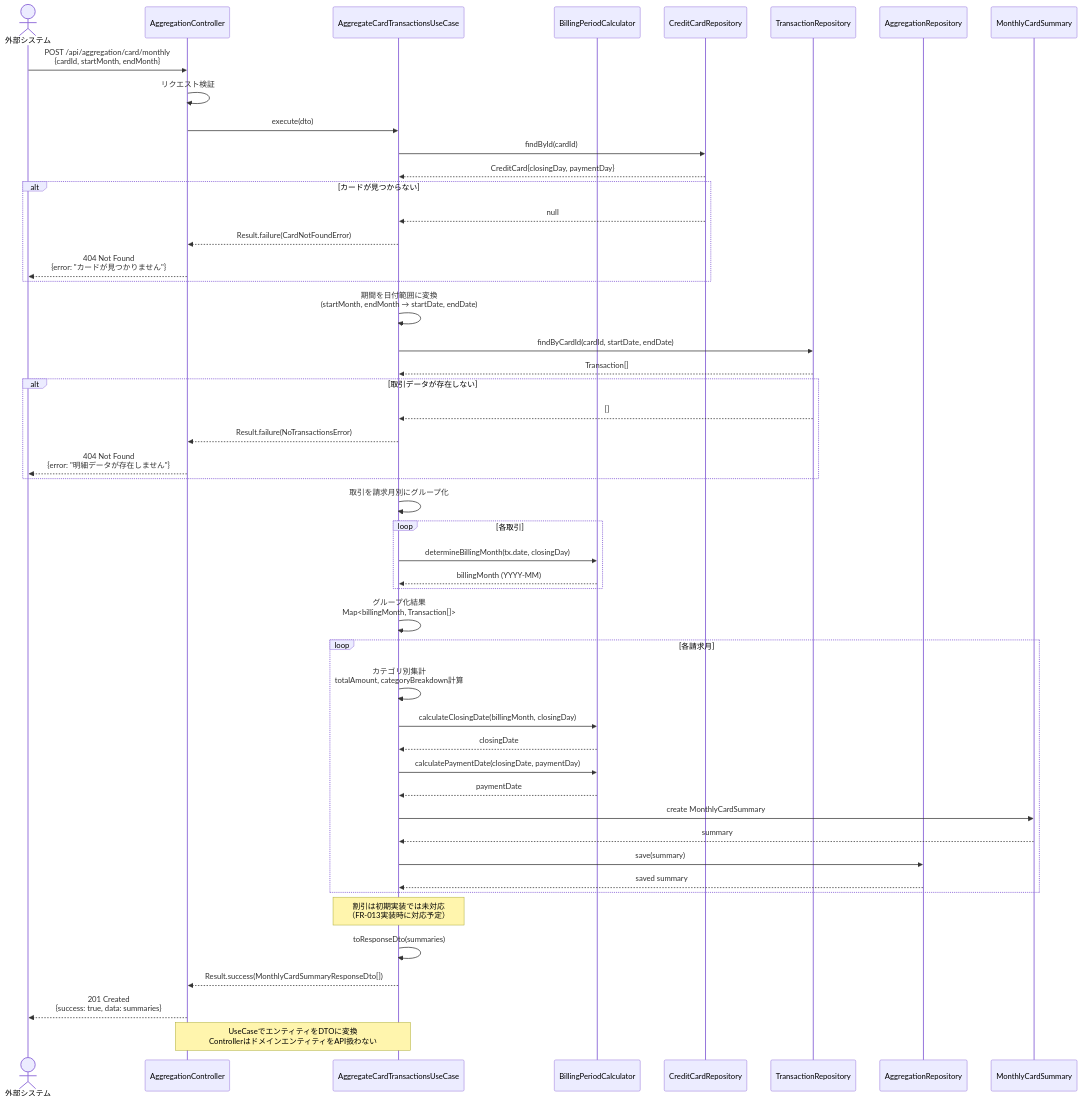
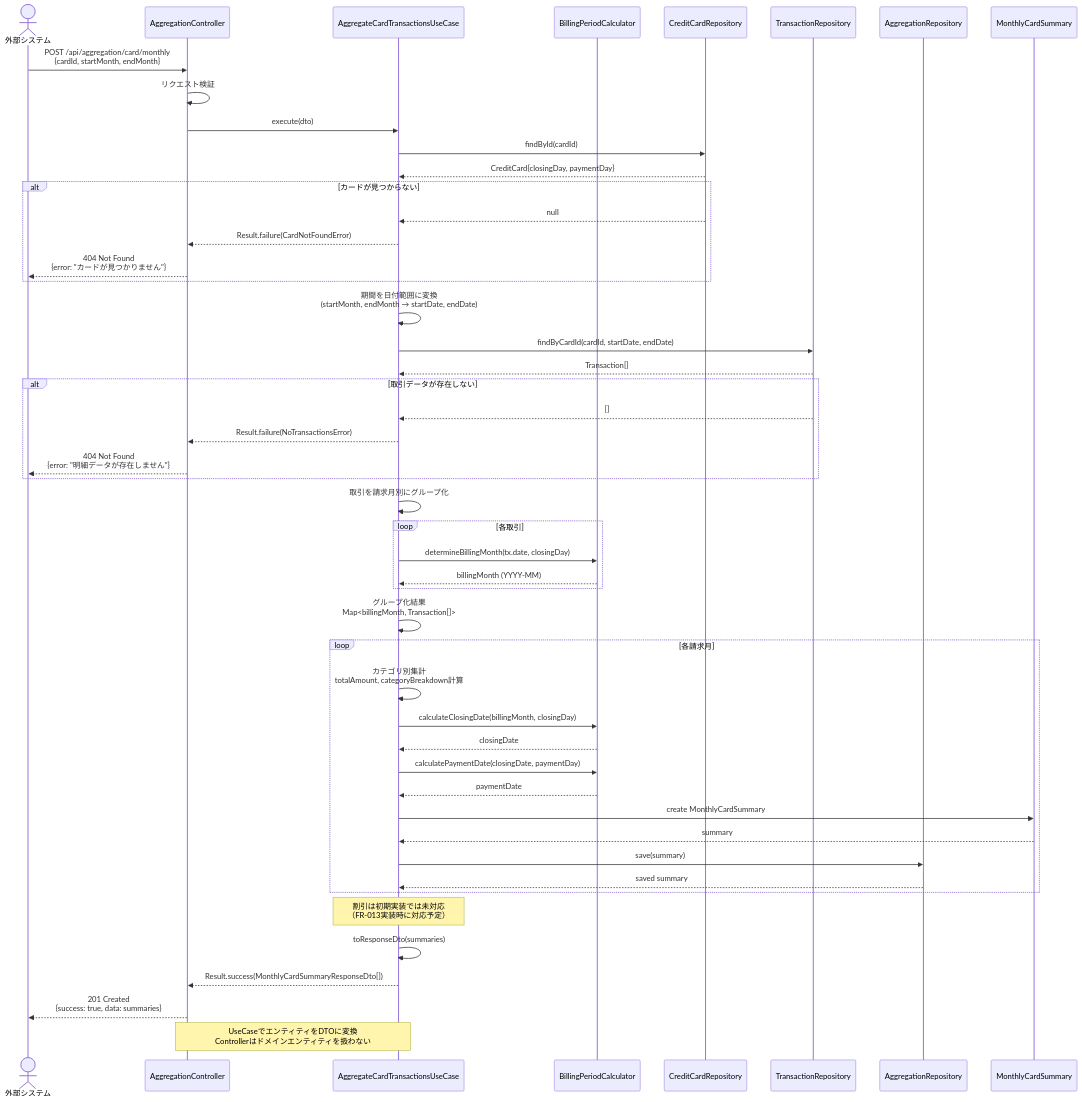
The first of 11 diagrams in docs/detailed-design/FR-012_credit-card-monthly-aggregation/sequence-diagrams.md (kencom2400/account-book), drawn with Mermaid before and after one commit. The commit also changed 2 other files, not shown here.

Commit message:
fix(design): Geminiレビュー最終回対応 - 全3件の指摘を修正
Medium優先度（3件）:
1. Application層のRequestDTOからdiscountsを削除
   - AggregateCardTransactionsRequestDtoからdiscountsプロパティ削除
   - 他の設計書との一貫性を保つ

2. 一覧取得と詳細取得のDTOを分離
   - MonthlyCardSummaryListItemDtoを追加（簡略版）
   - MonthlyCardSummaryResponseDtoは詳細版として継続使用
   - 明確な命名規則で実装時の混乱を防止
   - class-diagrams.md: 両方のDTOを追加
   - input-output-design.md: TypeScript型定義を追加、説明を明記

3. シーケンス図の注釈のタイポ修正
   - 「ControllerはドメインエンティティをAPI扱わない」
   - → 「Controllerはドメインエンティティを扱わない」

設計書の完成度が最終段階に到達しました。

関連Issue: #33
関連PR: #323

````diff
--- a/docs/detailed-design/FR-012_credit-card-monthly-aggregation/sequence-diagrams.md
+++ b/docs/detailed-design/FR-012_credit-card-monthly-aggregation/sequence-diagrams.md
@@ -35,67 +35,67 @@
 ```mermaid
 sequenceDiagram
     actor User as 外部システム
     participant API as AggregationController
     participant UC as AggregateCardTransactionsUseCase
     participant Calc as BillingPeriodCalculator
     participant CardRepo as CreditCardRepository
     participant TxRepo as TransactionRepository
     participant AggRepo as AggregationRepository
     participant Entity as MonthlyCardSummary
 
     User->>API: POST /api/aggregation/card/monthly<br/>{cardId, startMonth, endMonth}
 
     API->>API: リクエスト検証
     API->>UC: execute(dto)
 
     UC->>CardRepo: findById(cardId)
     CardRepo-->>UC: CreditCard{closingDay, paymentDay}
 
     alt カードが見つからない
         CardRepo-->>UC: null
         UC-->>API: Result.failure(CardNotFoundError)
         API-->>User: 404 Not Found<br/>{error: "カードが見つかりません"}
     end
 
     UC->>UC: 期間を日付範囲に変換<br/>(startMonth, endMonth → startDate, endDate)
     UC->>TxRepo: findByCardId(cardId, startDate, endDate)
     TxRepo-->>UC: Transaction[]
 
     alt 取引データが存在しない
         TxRepo-->>UC: []
         UC-->>API: Result.failure(NoTransactionsError)
         API-->>User: 404 Not Found<br/>{error: "明細データが存在しません"}
     end
 
     UC->>UC: 取引を請求月別にグループ化
     loop 各取引
         UC->>Calc: determineBillingMonth(tx.date, closingDay)
         Calc-->>UC: billingMonth (YYYY-MM)
     end
 
     UC->>UC: グループ化結果<br/>Map<billingMonth, Transaction[]>
 
     loop 各請求月
         UC->>UC: カテゴリ別集計<br/>totalAmount, categoryBreakdown計算
 
         UC->>Calc: calculateClosingDate(billingMonth, closingDay)
         Calc-->>UC: closingDate
 
         UC->>Calc: calculatePaymentDate(closingDate, paymentDay)
         Calc-->>UC: paymentDate
 
         UC->>Entity: create MonthlyCardSummary
         Entity-->>UC: summary
 
         UC->>AggRepo: save(summary)
         AggRepo-->>UC: saved summary
     end
 
     Note over UC: 割引は初期実装では未対応<br/>（FR-013実装時に対応予定）
 
     UC->>UC: toResponseDto(summaries)
     UC-->>API: Result.success(MonthlyCardSummaryResponseDto[])
     API-->>User: 201 Created<br/>{success: true, data: summaries}
 
-    Note over UC,API: UseCaseでエンティティをDTOに変換<br/>ControllerはドメインエンティティをAPI扱わない
+    Note over UC,API: UseCaseでエンティティをDTOに変換<br/>Controllerはドメインエンティティを扱わない
 ```
````
